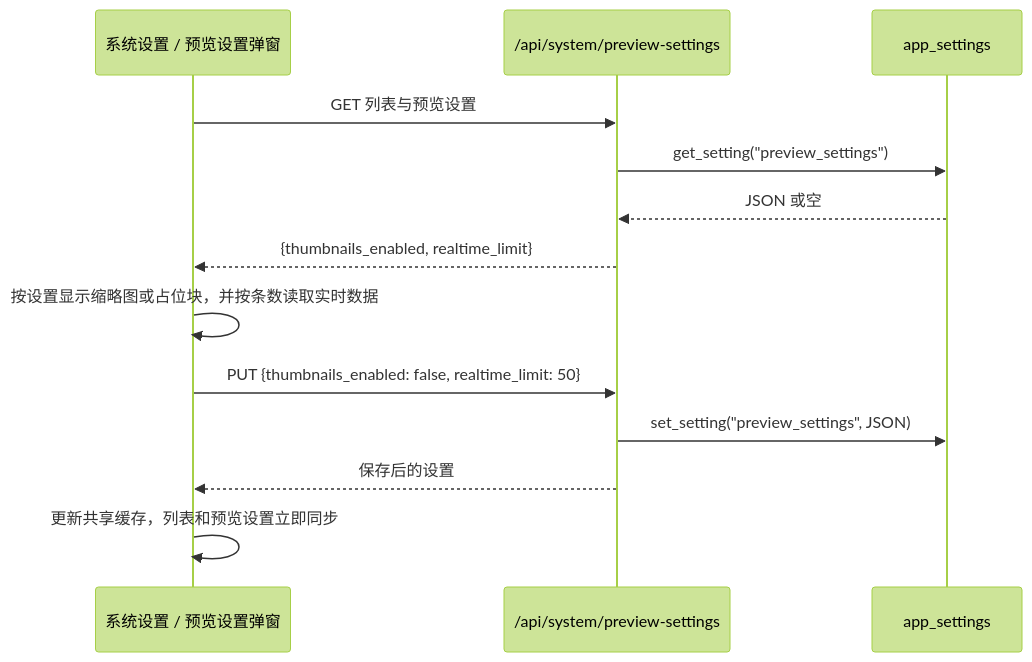
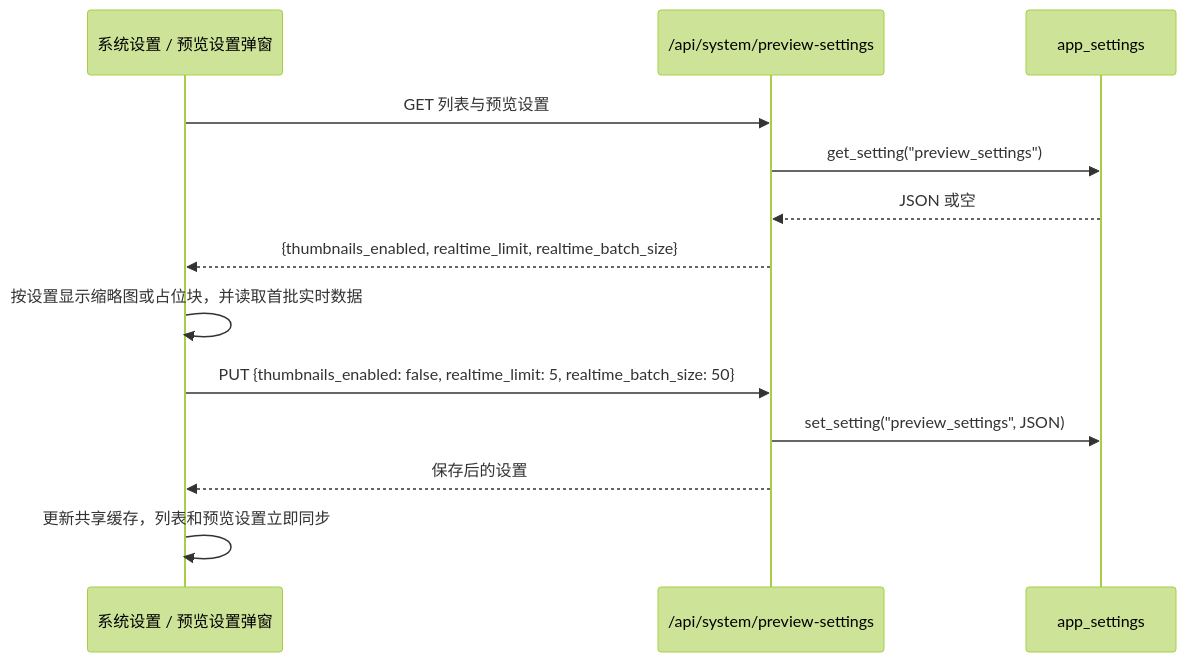
The second of 2 diagrams in docs/42-系统设置页设计.md (xuchaoxin1375/ai-ecom-crawler), drawn with Mermaid (forest theme) before and after one commit. The commit also changed other lines of this file and 23 other files, not shown here.

````diff
--- a/docs/42-系统设置页设计.md
+++ b/docs/42-系统设置页设计.md
@@ -191,15 +194,15 @@
 ```mermaid
 sequenceDiagram
     participant UI as 系统设置 / 预览设置弹窗
     participant API as /api/system/preview-settings
     participant DB as app_settings
     UI->>API: GET 列表与预览设置
     API->>DB: get_setting("preview_settings")
     DB-->>API: JSON 或空
-    API-->>UI: {thumbnails_enabled, realtime_limit}
-    UI->>UI: 按设置显示缩略图或占位块，并按条数读取实时数据
-    UI->>API: PUT {thumbnails_enabled: false, realtime_limit: 50}
+    API-->>UI: {thumbnails_enabled, realtime_limit, realtime_batch_size}
+    UI->>UI: 按设置显示缩略图或占位块，并读取首批实时数据
+    UI->>API: PUT {thumbnails_enabled: false, realtime_limit: 5, realtime_batch_size: 50}
     API->>DB: set_setting("preview_settings", JSON)
     API-->>UI: 保存后的设置
     UI->>UI: 更新共享缓存，列表和预览设置立即同步
 ```
````
